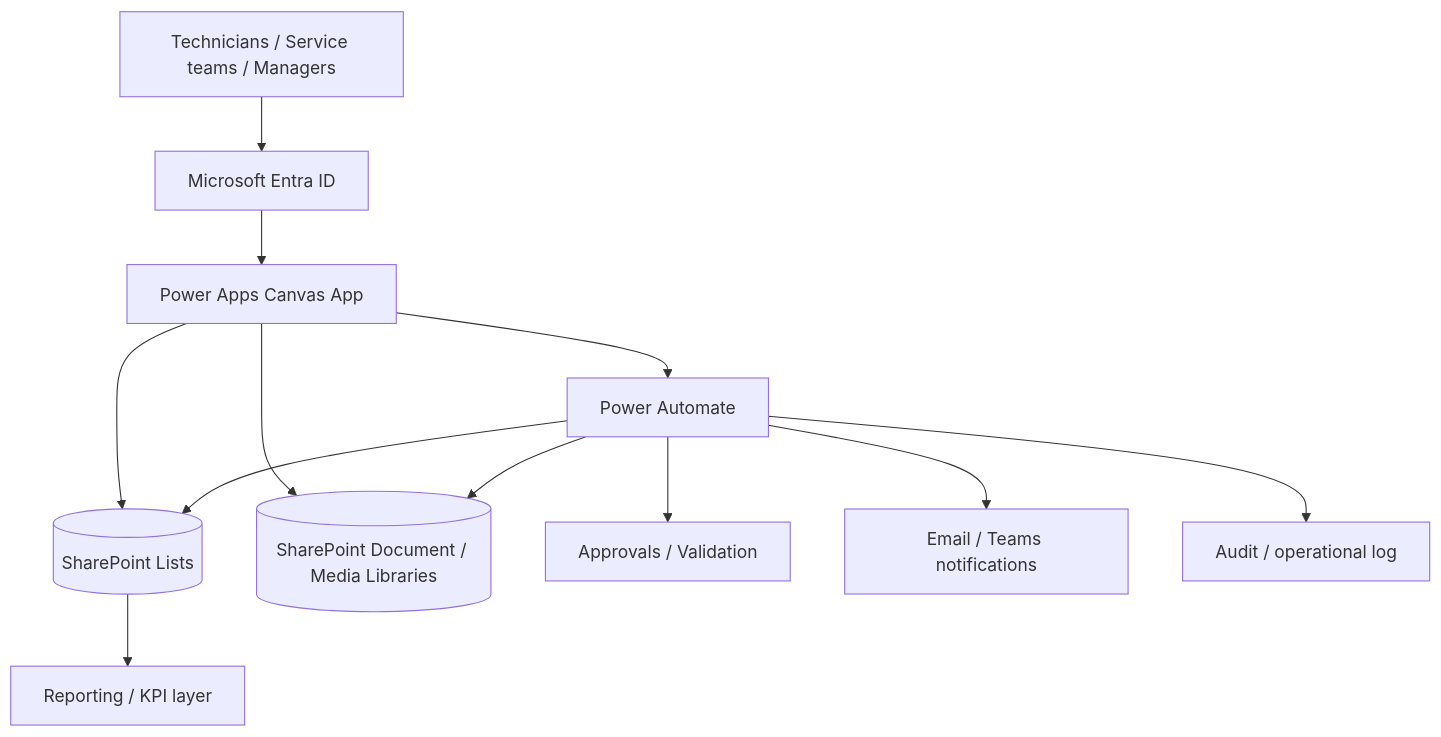
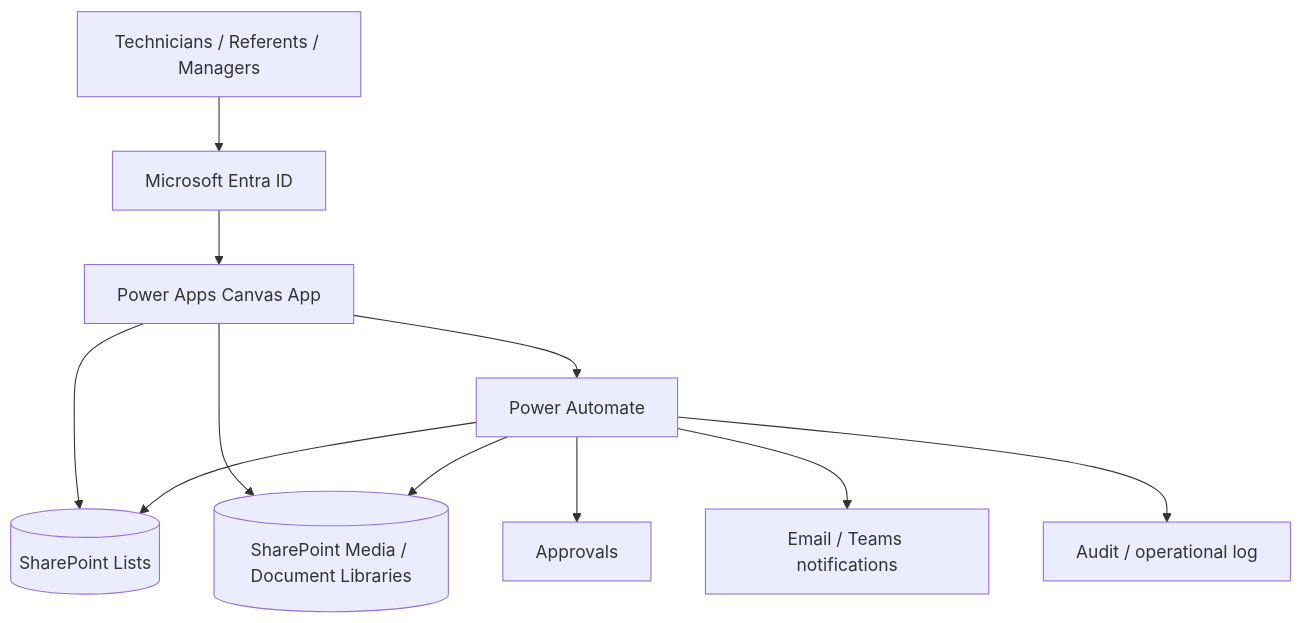
One commit to jeffersonkuku/jefferson-Mawapanga-Saku changed the diagram in projects/building-operations-hub/README.md. Above: the diagram before and after it, drawn with Mermaid. The commit also changed other lines of this file and 19 other files, not shown here.

````diff
--- a/projects/building-operations-hub/README.md
+++ b/projects/building-operations-hub/README.md
@@ -145,17 +65,13 @@
 ```mermaid
 flowchart TB
-    U[Technicians / Service teams / Managers] --> ENTRA[Microsoft Entra ID]
-    ENTRA --> PA[Power Apps Canvas App]
-
-    PA --> SP[(SharePoint Lists)]
-    PA --> DOC[(SharePoint Document / Media Libraries)]
-    PA --> FLOW[Power Automate]
-
+    U[Technicians / Referents / Managers] --> ENTRA[Microsoft Entra ID]
+    ENTRA --> APP[Power Apps Canvas App]
+    APP --> SP[(SharePoint Lists)]
+    APP --> LIB[(SharePoint Media / Document Libraries)]
+    APP --> FLOW[Power Automate]
     FLOW --> SP
-    FLOW --> DOC
-    FLOW --> APPROVAL[Approvals / Validation]
+    FLOW --> LIB
+    FLOW --> APPR[Approvals]
     FLOW --> NOTIF[Email / Teams notifications]
     FLOW --> AUDIT[Audit / operational log]
-
-    SP --> REPORT[Reporting / KPI layer]
 ```
````
